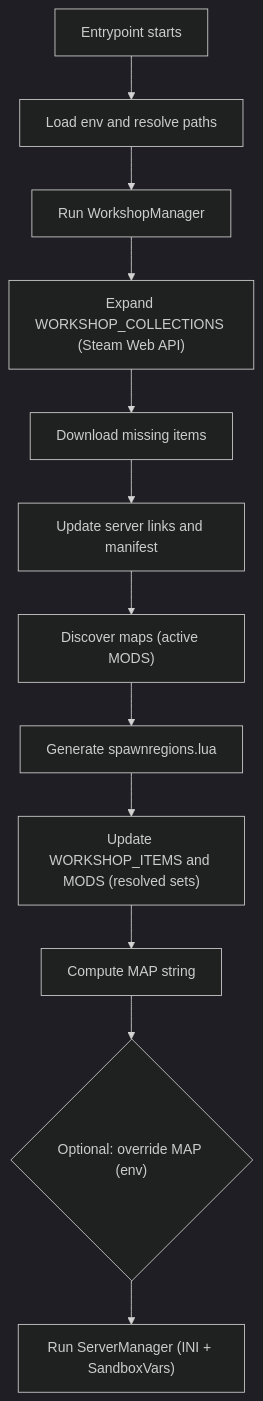
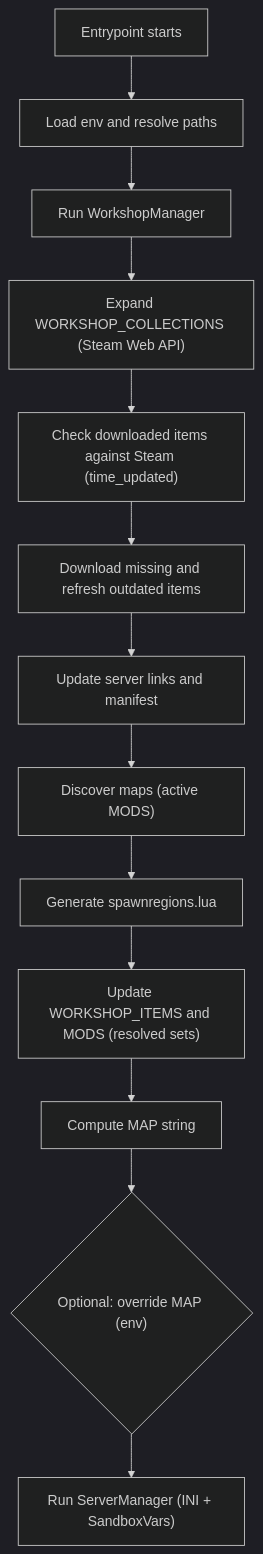
Before and after one commit to meshi-team/project-zomboid-server: the diagram in docs/how_does_it_work/2-workshop-configuration.md, drawn with Mermaid (dark theme). The commit also changed other lines of this file and 5 other files, not shown here.

Commit message:
feat(workshop): refresh mods when steam publishes an update (#42)

````diff
--- a/docs/how_does_it_work/2-workshop-configuration.md
+++ b/docs/how_does_it_work/2-workshop-configuration.md
@@ -7,14 +7,15 @@
 ```mermaid
 flowchart TD
       A["Entrypoint starts"] --> B["Load env and resolve paths"]
       B --> C["Run WorkshopManager"]
       C --> C2["Expand WORKSHOP_COLLECTIONS (Steam Web API)"]
-      C2 --> D["Download missing items"]
+      C2 --> C3["Check downloaded items against Steam (time_updated)"]
+      C3 --> D["Download missing and refresh outdated items"]
       D --> E["Update server links and manifest"]
       E --> F["Discover maps (active MODS)"]
       F --> G["Generate spawnregions.lua"]
       G --> H["Update WORKSHOP_ITEMS and MODS (resolved sets)"]
       H --> I["Compute MAP string"]
       I --> J{"Optional: override MAP (env)"}
       J --> K["Run ServerManager (INI + SandboxVars)"]
 ```
````
